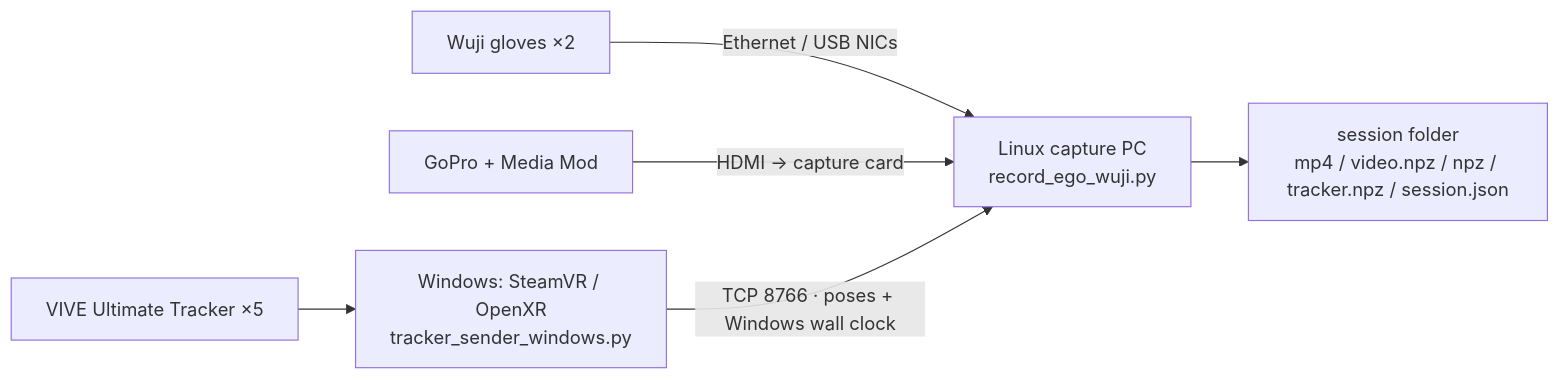
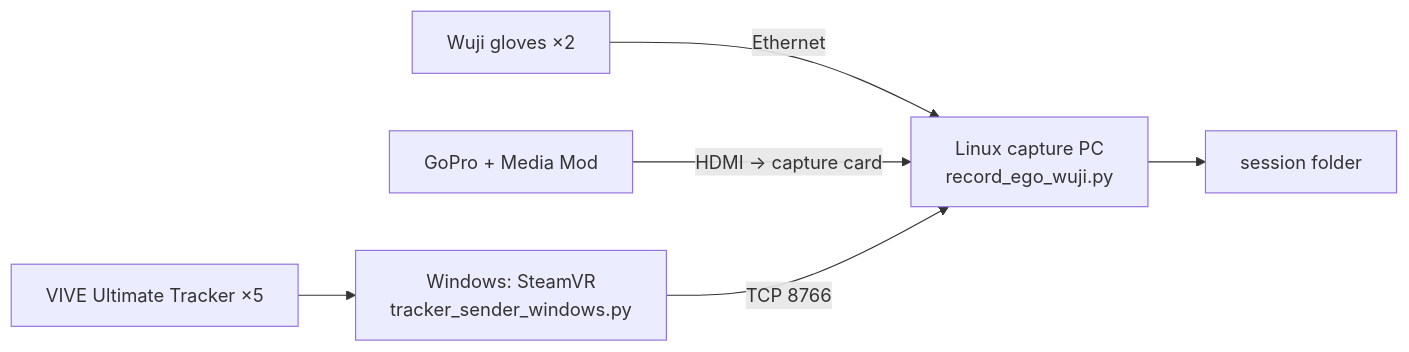
The first of 2 diagrams in docs/en/02_host_setup.md (InternRobotics/EgoExplorer-Guidelines), drawn with Mermaid before and after one commit. The commit also changed other lines of this file and 31 other files, not shown here.

First line of the commit message:
Edit the guidelines for clarity and layout; rebuild the rig figure

````diff
--- a/docs/en/02_host_setup.md
+++ b/docs/en/02_host_setup.md
@@ -11,8 +11,8 @@
-```mermaid
-flowchart LR
-    W[Wuji gloves ×2] -- Ethernet / USB NICs --> L
-    G[GoPro + Media Mod] -- HDMI → capture card --> L
-    T[VIVE Ultimate Tracker ×5] --> WIN[Windows: SteamVR / OpenXR<br/>tracker_sender_windows.py]
-    WIN -- TCP 8766 · poses + Windows wall clock --> L[Linux capture PC<br/>record_ego_wuji.py]
-    L --> F[session folder<br/>mp4 / video.npz / npz / tracker.npz / session.json]
-```
+    ```mermaid
+    flowchart LR
+        W[Wuji gloves ×2] -- Ethernet --> L
+        G[GoPro + Media Mod] -- HDMI → capture card --> L
+        T[VIVE Ultimate Tracker ×5] --> WIN[Windows: SteamVR<br/>tracker_sender_windows.py]
+        WIN -- TCP 8766 --> L[Linux capture PC<br/>record_ego_wuji.py]
+        L --> F[session folder]
+    ```
````
